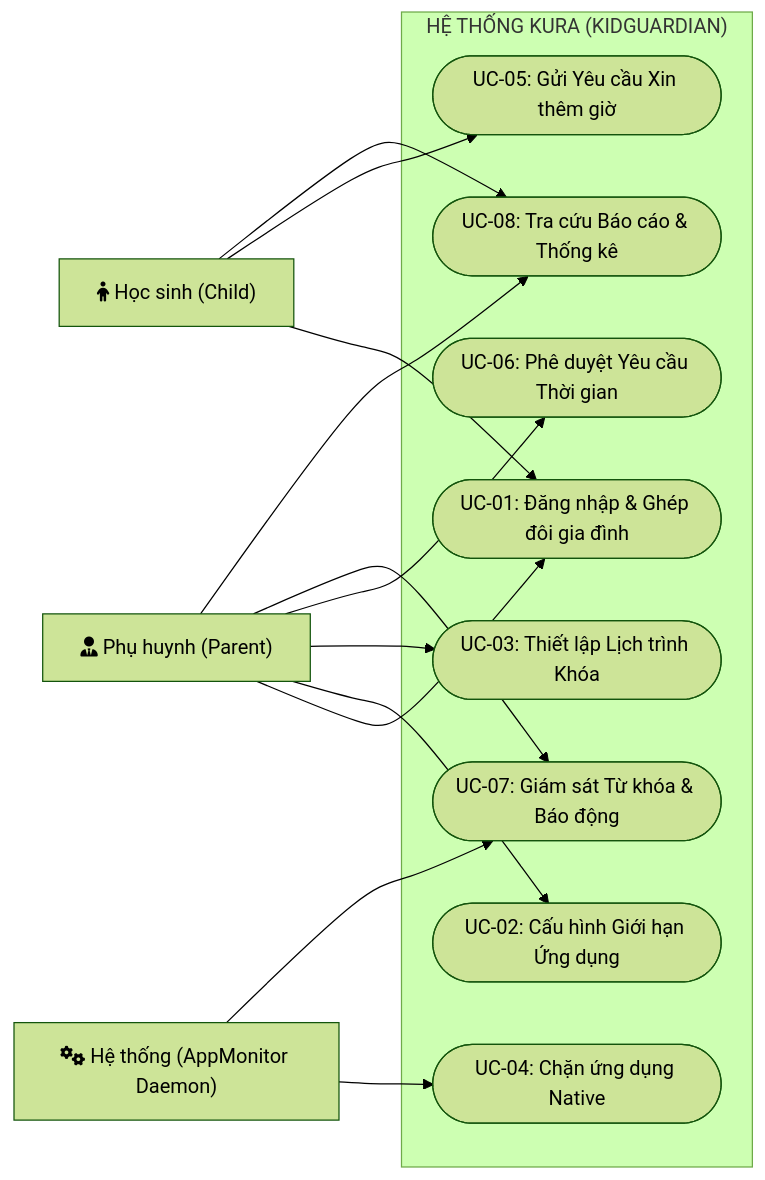
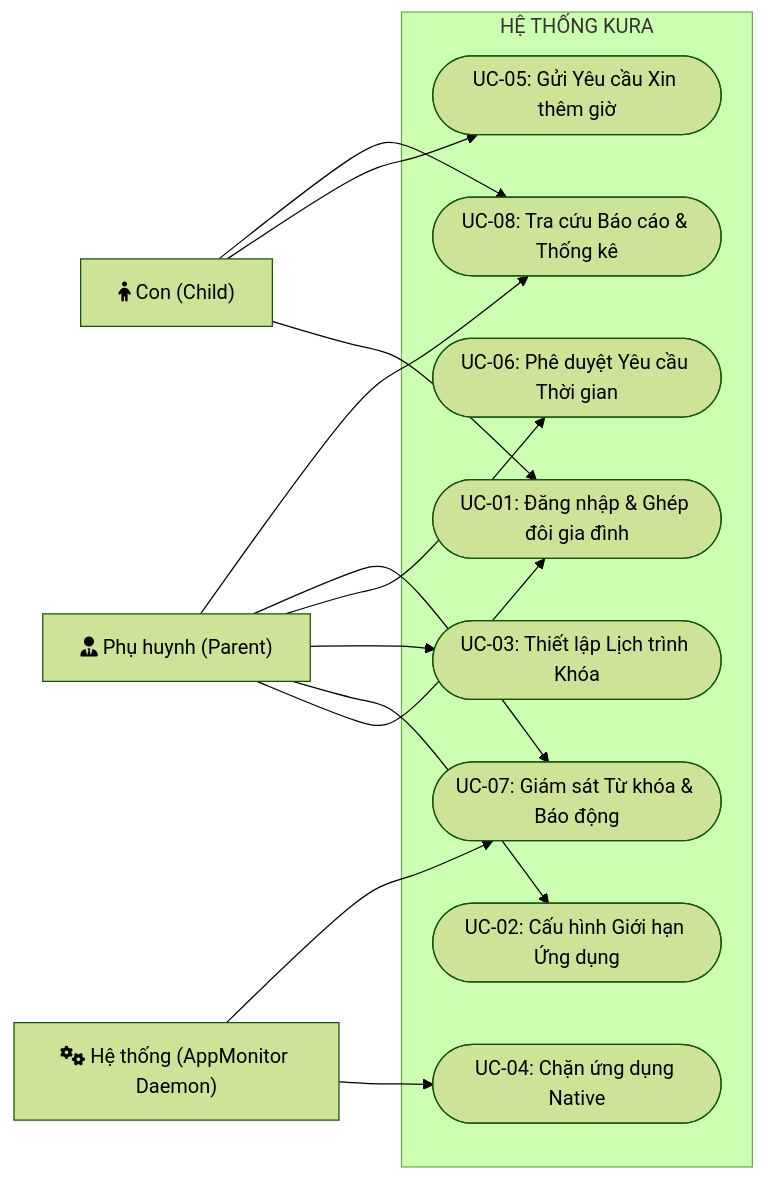
Before and after one commit to minhduc01168/KidGuardian-THPT: the first of 20 diagrams in docs/Kura_Technical_Analysis.md, drawn with Mermaid (forest theme). The commit also changed other lines of this file, not shown here.

Commit message:
docs: standardize terminology to Kura, Phụ huynh and Con, align diagrams with codebase

````diff
--- a/docs/Kura_Technical_Analysis.md
+++ b/docs/Kura_Technical_Analysis.md
@@ -249,31 +249,31 @@
 ```mermaid
 flowchart LR
-    subgraph Kura_System ["HỆ THỐNG KURA (KIDGUARDIAN)"]
-        UC1(["UC-01: Đăng nhập & Ghép đôi gia đình"])
-        UC2(["UC-02: Cấu hình Giới hạn Ứng dụng"])
-        UC3(["UC-03: Thiết lập Lịch trình Khóa"])
-        UC4(["UC-04: Chặn ứng dụng Native"])
-        UC5(["UC-05: Gửi Yêu cầu Xin thêm giờ"])
-        UC6(["UC-06: Phê duyệt Yêu cầu Thời gian"])
-        UC7(["UC-07: Giám sát Từ khóa & Báo động"])
-        UC8(["UC-08: Tra cứu Báo cáo & Thống kê"])
-    end
+ subgraph Kura_System ["HỆ THỐNG KURA"]
+ UC1(["UC-01: Đăng nhập & Ghép đôi gia đình"])
+ UC2(["UC-02: Cấu hình Giới hạn Ứng dụng"])
+ UC3(["UC-03: Thiết lập Lịch trình Khóa"])
+ UC4(["UC-04: Chặn ứng dụng Native"])
+ UC5(["UC-05: Gửi Yêu cầu Xin thêm giờ"])
+ UC6(["UC-06: Phê duyệt Yêu cầu Thời gian"])
+ UC7(["UC-07: Giám sát Từ khóa & Báo động"])
+ UC8(["UC-08: Tra cứu Báo cáo & Thống kê"])
+ end
 
-    Parent["fa:fa-user-tie Phụ huynh (Parent)"]
-    Child["fa:fa-child Học sinh (Child)"]
-    System["fa:fa-cogs Hệ thống (AppMonitor Daemon)"]
+ Parent["fa:fa-user-tie Phụ huynh (Parent)"]
+ Child["fa:fa-child Con (Child)"]
+ System["fa:fa-cogs Hệ thống (AppMonitor Daemon)"]
 
-    Parent --> UC1
-    Parent --> UC2
-    Parent --> UC3
-    Parent --> UC6
-    Parent --> UC7
-    Parent --> UC8
+ Parent --> UC1
+ Parent --> UC2
+ Parent --> UC3
+ Parent --> UC6
+ Parent --> UC7
+ Parent --> UC8
 
-    Child --> UC1
-    Child --> UC5
-    Child --> UC8
+ Child --> UC1
+ Child --> UC5
+ Child --> UC8
 
-    System --> UC4
-    System --> UC7
+ System --> UC4
+ System --> UC7
 ```
````
